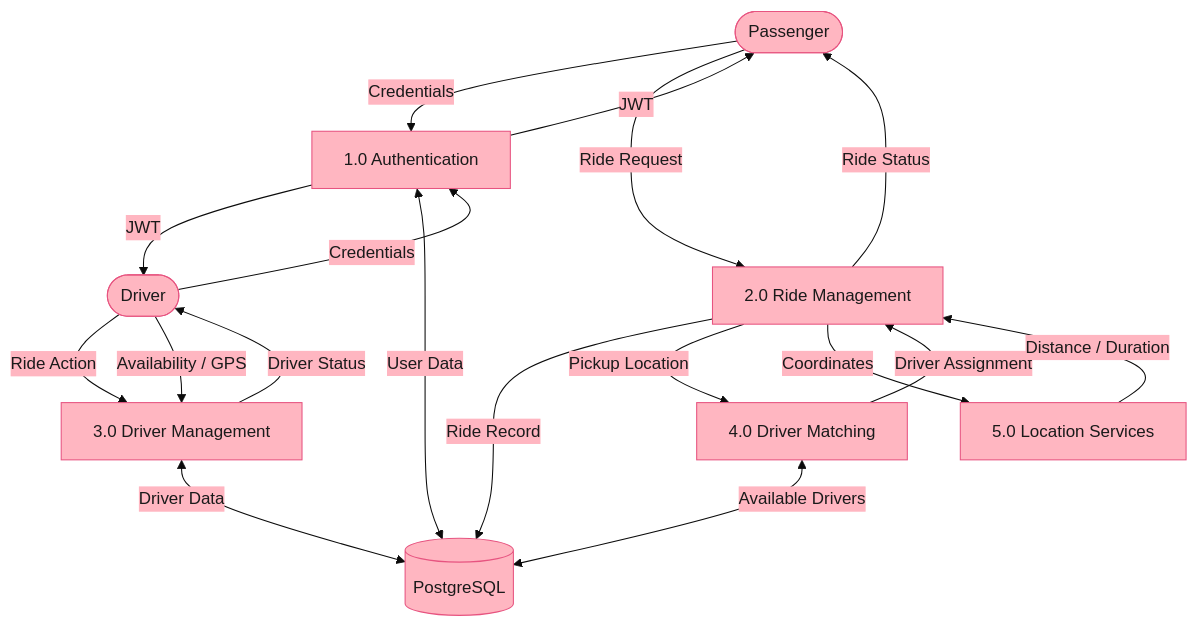
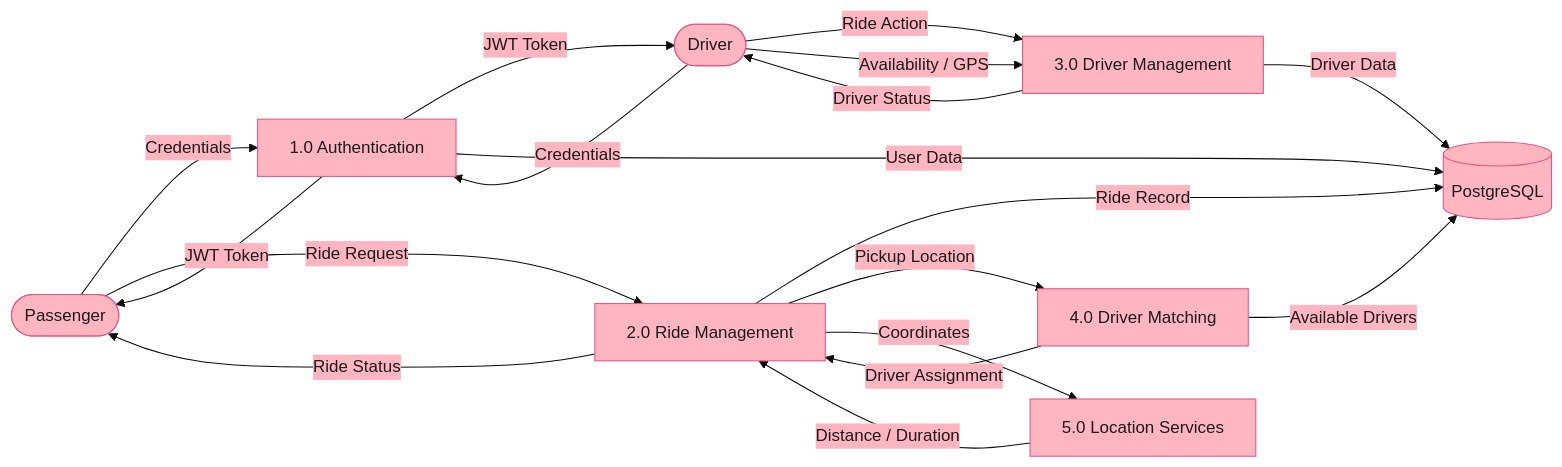
One commit to ayuuduaa19/UCS503P-202627-UberLite-Project changed the fifth of 6 diagrams in README.md. Above: the diagram before and after it, drawn with Mermaid.

Commit message:
minor changes in diagram

````diff
--- a/README.md
+++ b/README.md
@@ -254,35 +254,37 @@
 ```mermaid
 %%{init: {'theme': 'base', 'themeVariables': {'primaryColor': '#ffb6c1', 'primaryBorderColor': '#e75480', 'primaryTextColor': '#1a1a1a', 'secondaryColor': '#ffb6c1', 'tertiaryColor': '#ffb6c1'}}}%%
-graph TD
-    P([Passenger])
-    D([Driver])
-    DB[(PostgreSQL)]
+graph LR
 
-    A["1.0 Authentication"]
-    R["2.0 Ride Management"]
-    DM["3.0 Driver Management"]
-    M["4.0 Driver Matching"]
-    L["5.0 Location Services"]
+  P([Passenger])
+  D([Driver])
 
-    P -->|Credentials| A
-    D -->|Credentials| A
-    A -->|JWT| P
-    A -->|JWT| D
-    A <-->|User Data| DB
+  A["1.0 Authentication"]
+  R["2.0 Ride Management"]
+  DM["3.0 Driver Management"]
+  M["4.0 Driver Matching"]
+  L["5.0 Location Services"]
 
-    P -->|Ride Request| R
-    R -->|Ride Status| P
-    R -->|Ride Record| DB
+  DB[(PostgreSQL)]
 
-    D -->|Ride Action| DM
-    D -->|Availability / GPS| DM
-    DM -->|Driver Status| D
-    DM <-->|Driver Data| DB
+  P -->|Credentials| A
+  D -->|Credentials| A
+  A -->|JWT Token| P
+  A -->|JWT Token| D
+  A -->|User Data| DB
 
-    R -->|Pickup Location| M
-    M -->|Driver Assignment| R
-    M <-->|Available Drivers| DB
+  P -->|Ride Request| R
+  R -->|Ride Status| P
+  R -->|Ride Record| DB
 
-    R -->|Coordinates| L
-    L -->|Distance / Duration| R
+  D -->|Ride Action| DM
+  D -->|Availability / GPS| DM
+  DM -->|Driver Status| D
+  DM -->|Driver Data| DB
+
+  R -->|Pickup Location| M
+  M -->|Driver Assignment| R
+  M -->|Available Drivers| DB
+
+  R -->|Coordinates| L
+  L -->|Distance / Duration| R
 ```
````
